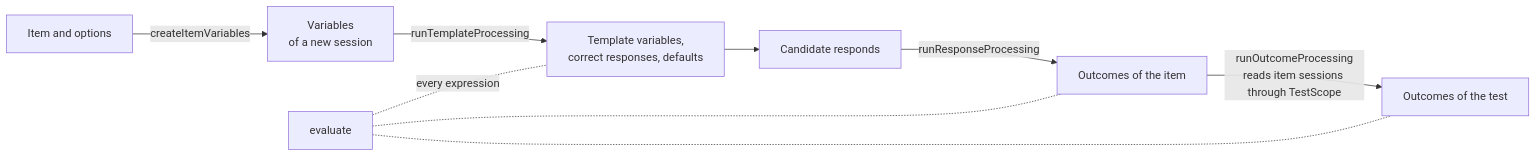
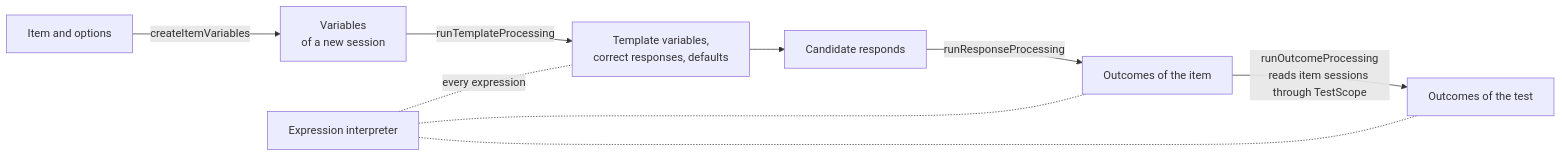
The diagram in docs/runtime/processing.md (assesskit/assesskit), drawn with Mermaid before and after one commit. The commit also changed other lines of this file and 249 other files, not shown here.

````diff
--- a/docs/runtime/processing.md
+++ b/docs/runtime/processing.md
@@ -8,11 +7,11 @@
 ```mermaid
 flowchart LR
   item["Item and options"] -- "createItemVariables" --> v0["Variables<br/>of a new session"]
   v0 -- "runTemplateProcessing" --> v1["Template variables,<br/>correct responses, defaults"]
   v1 --> attempt["Candidate responds"]
   attempt -- "runResponseProcessing" --> v2["Outcomes of the item"]
   v2 -- "runOutcomeProcessing<br/>reads item sessions through TestScope" --> v3["Outcomes of the test"]
-  expr["evaluate"] -. "every expression" .- v1
+  expr["Expression interpreter"] -. "every expression" .- v1
   expr -.- v2
   expr -.- v3
 ```
````
